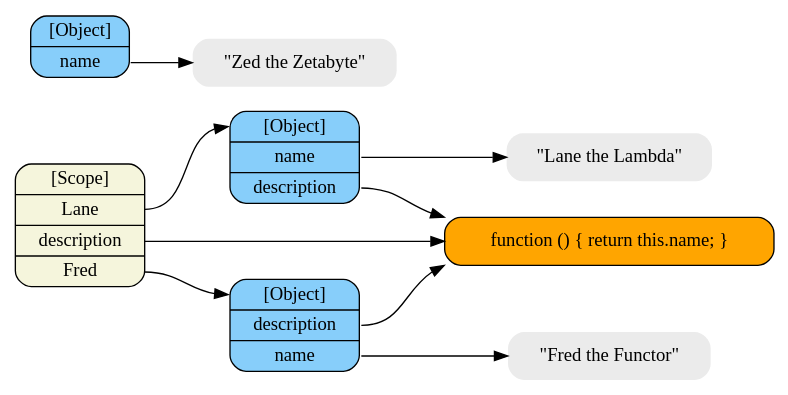
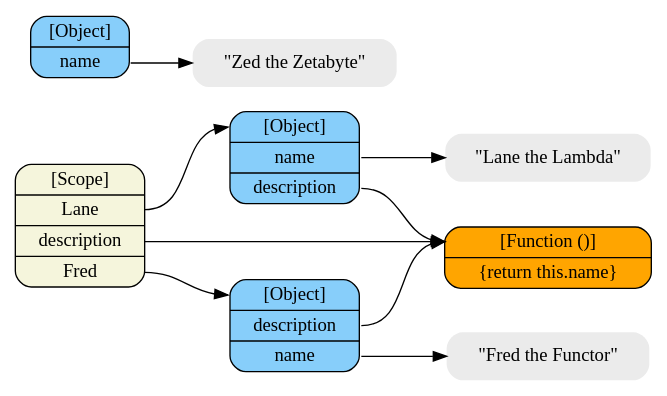
One commit to creationix/howtonode.org changed the diagram in articles/object-graphs/functions.dot. Above: the diagram before and after it, drawn with Graphviz. The commit also changed 1 other file, not shown here.

```diff
--- a/articles/object-graphs/functions.dot
+++ b/articles/object-graphs/functions.dot
@@ -1,38 +1,38 @@
 digraph finite_state_machine {
 	size="8,5"
 	rankdir = "LR"
 
   /* Execution Contexts */
   node [shape=Mrecord, fillcolor=beige, style=filled];
   top [label="<__proto__>[Scope]|<Lane>Lane|<description>description|<Fred>Fred"];
 
   /* Normal Objects */
   node [shape = Mrecord, fillcolor=lightskyblue, style=filled];
   ob_Lane [label = "<__proto__>[Object]|<name>name|<description>description"];
   ob_Fred [label = "<__proto__>[Object]|<description>description|<name>name"];
   ob_1 [label = "<__proto__>[Object]|<name>name"];
 
   /* Function Objects */
   node [shape = Mrecord, fillcolor=orange, style=filled];
-  fn1 [label="<__proto__>function () \{ return this.name; \}"];
+  fn1 [label="<__proto__>[Function ()]|\{return this.name\}"];
 
   /* Literals */
   node [shape = plaintext, fillcolor=gray92, style="filled,rounded"];
   name [label="\"Lane the Lambda\""]
   name2 [label="\"Fred the Functor\""]
   name3 [label="\"Zed the Zetabyte\""]
 
   /* References */
   top:Lane -> ob_Lane:__proto__;
   top:Fred -> ob_Fred:__proto__;
   ob_Lane:name -> name;
   ob_Lane:description -> fn1:__proto__;
   ob_Fred:name -> name2;
   ob_Fred:description -> fn1:__proto__;
   ob_1:name -> name3;
   top:description -> fn1:__proto__;
 
   /* Inheritance Chains */
   edge [style=dashed]
 
 }
```
